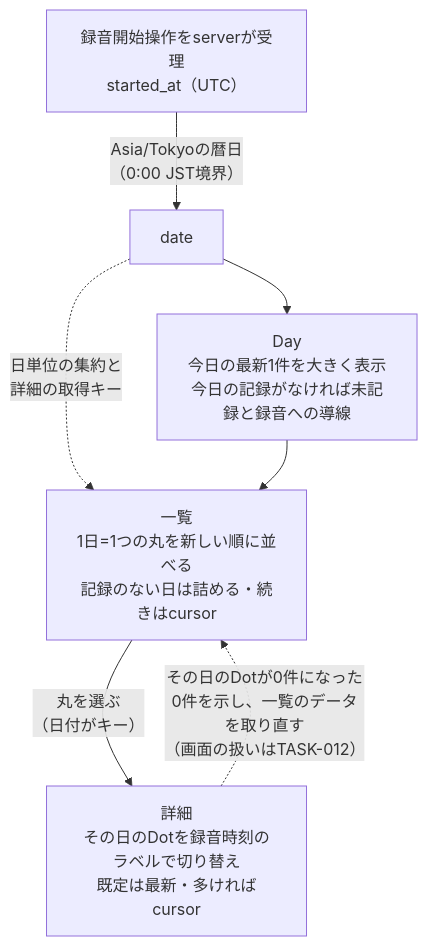
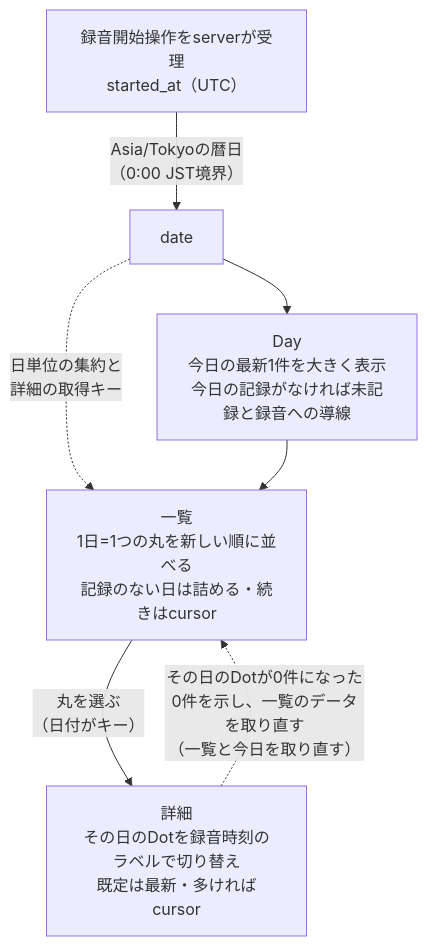
Before and after one commit to FujieMasaki/fod-app: the diagram in docs/dot-history.md, drawn with Mermaid. The commit also changed other lines of this file and 4 other files, not shown here.

````diff
--- a/docs/dot-history.md
+++ b/docs/dot-history.md
@@ -108,10 +123,10 @@
 ```mermaid
 flowchart TB
     Rec["録音開始操作をserverが受理<br/>started_at（UTC）"] -->|"Asia/Tokyoの暦日<br/>（0:00 JST境界）"| Date["date"]
     Date --> Day
     Date -.->|"日単位の集約と<br/>詳細の取得キー"| List
     Day["Day<br/>今日の最新1件を大きく表示<br/>今日の記録がなければ未記録と録音への導線"] --> List
     List["一覧<br/>1日=1つの丸を新しい順に並べる<br/>記録のない日は詰める・続きはcursor"] -->|"丸を選ぶ<br/>（日付がキー）"| Detail
     Detail["詳細<br/>その日のDotを録音時刻のラベルで切り替え<br/>既定は最新・多ければcursor"]
-    Detail -.->|"その日のDotが0件になった<br/>0件を示し、一覧のデータを取り直す<br/>（画面の扱いはTASK-012）"| List
+    Detail -.->|"その日のDotが0件になった<br/>0件を示し、一覧のデータを取り直す<br/>（一覧と今日を取り直す）"| List
 ```
````
